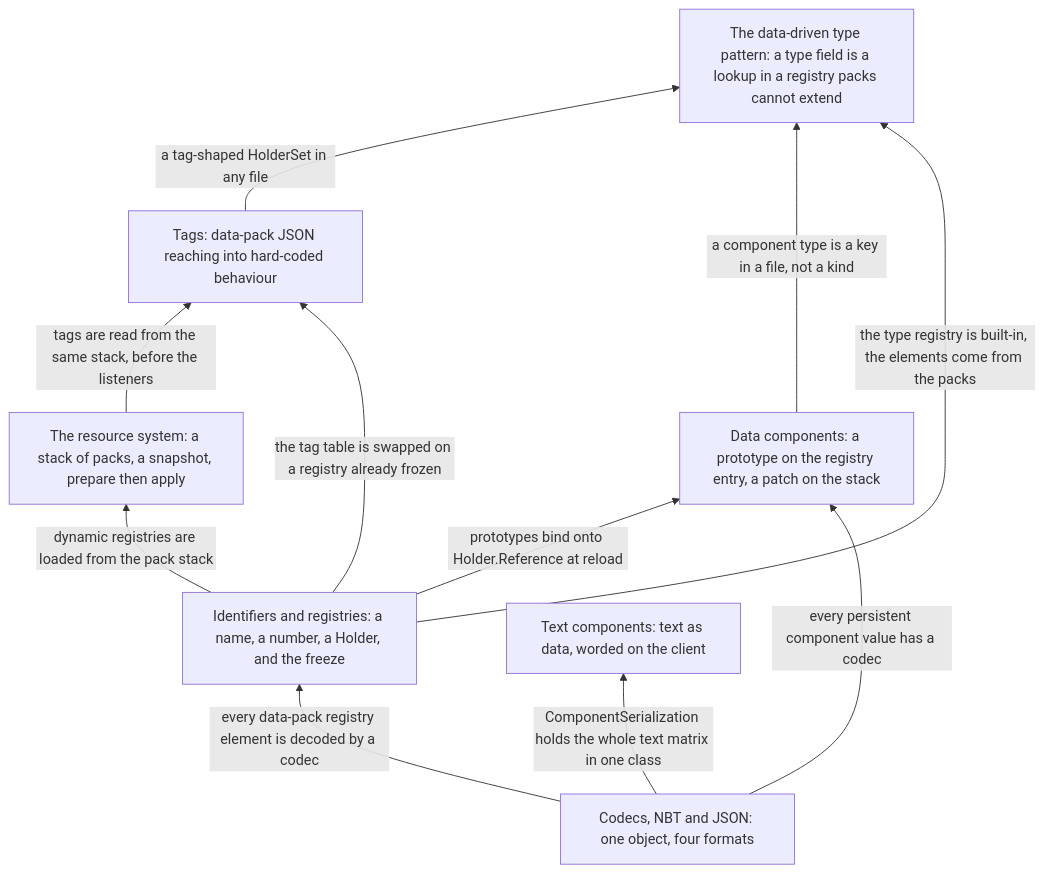
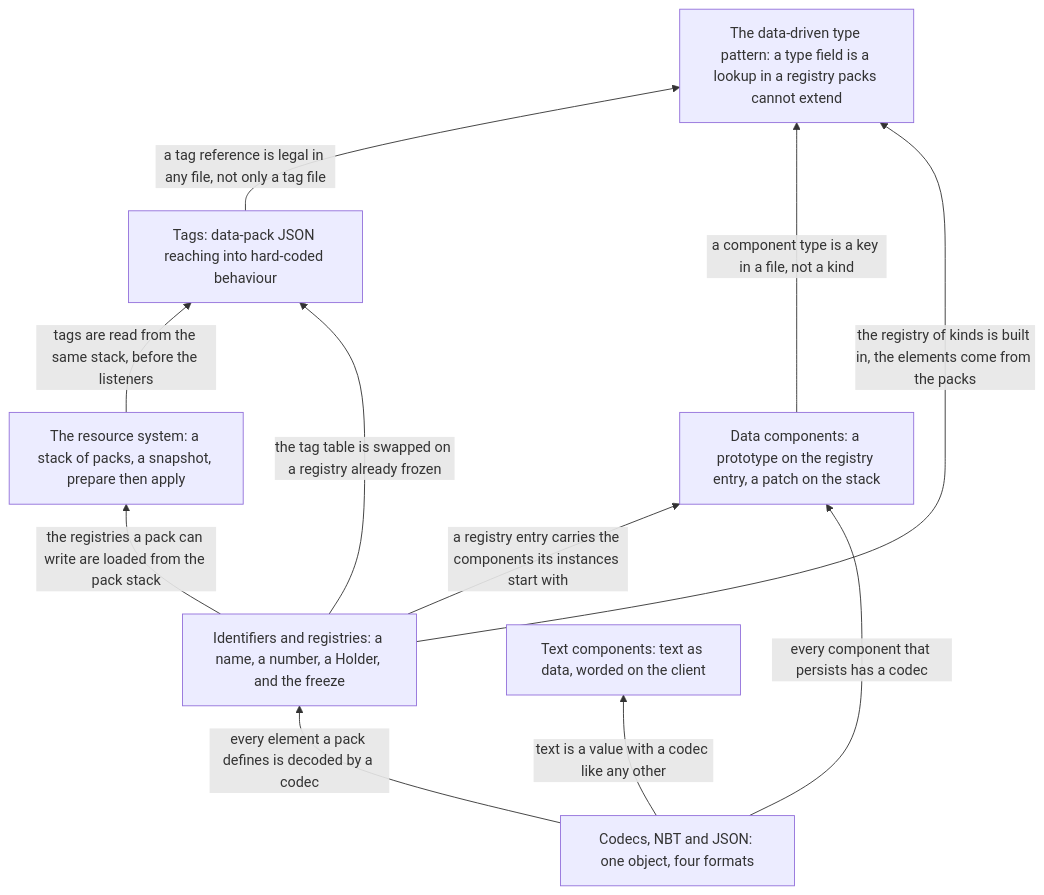
Before and after one commit to AlexanderjFraser/MinecraftDocs: the diagram in src/systems/foundations/README.md, drawn with Mermaid. The commit also changed other lines of this file and 17 other files, not shown here.

````diff
--- a/src/systems/foundations/README.md
+++ b/src/systems/foundations/README.md
@@ -22,20 +26,20 @@
 ```mermaid
 flowchart BT
     C["Codecs, NBT and JSON: one object, four formats"]
     R["Identifiers and registries: a name, a number, a Holder, and the freeze"]
     S["The resource system: a stack of packs, a snapshot, prepare then apply"]
     T["Tags: data-pack JSON reaching into hard-coded behaviour"]
     D["Data components: a prototype on the registry entry, a patch on the stack"]
     X["Text components: text as data, worded on the client"]
     P["The data-driven type pattern: a type field is a lookup in a registry packs cannot extend"]
-    C -- "every data-pack registry element is decoded by a codec" --> R
-    R -- "dynamic registries are loaded from the pack stack" --> S
+    C -- "every element a pack defines is decoded by a codec" --> R
+    R -- "the registries a pack can write are loaded from the pack stack" --> S
     S -- "tags are read from the same stack, before the listeners" --> T
     R -- "the tag table is swapped on a registry already frozen" --> T
-    R -- "prototypes bind onto Holder.Reference at reload" --> D
-    C -- "every persistent component value has a codec" --> D
-    C -- "ComponentSerialization holds the whole text matrix in one class" --> X
-    T -- "a tag-shaped HolderSet in any file" --> P
+    R -- "a registry entry carries the components its instances start with" --> D
+    C -- "every component that persists has a codec" --> D
+    C -- "text is a value with a codec like any other" --> X
+    T -- "a tag reference is legal in any file, not only a tag file" --> P
     D -- "a component type is a key in a file, not a kind" --> P
-    R -- "the type registry is built-in, the elements come from the packs" --> P
+    R -- "the registry of kinds is built in, the elements come from the packs" --> P
 ```
````
